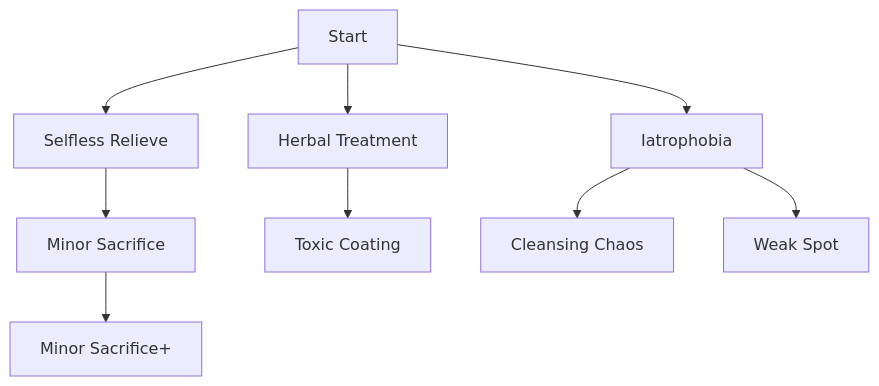
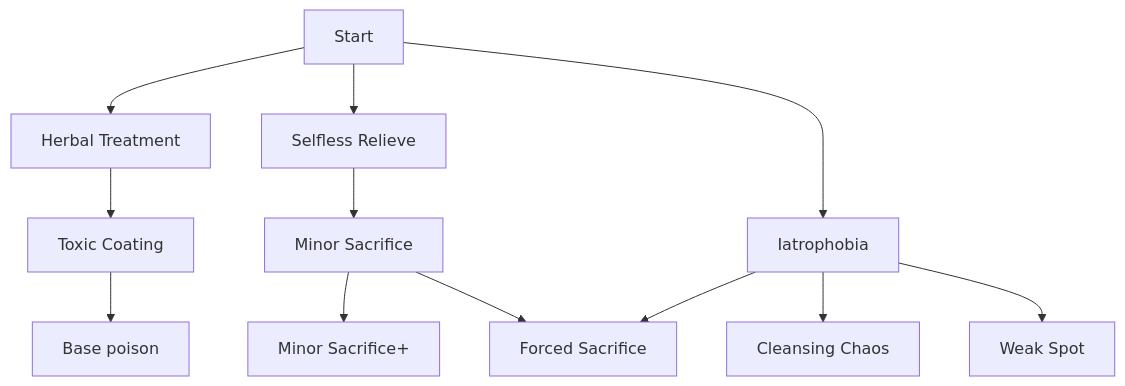
One commit to 3ndercat/DivineSteam2 changed the diagram in classes/doctor/doctor.md. Above: the diagram before and after it, drawn with Mermaid. The commit also changed other lines of this file, not shown here.

````diff
--- a/classes/doctor/doctor.md
+++ b/classes/doctor/doctor.md
@@ -23,28 +24,34 @@
 ```mermaid
 flowchart TB
     start["Start"]
     
     selflessrelieve["Selfless Relieve"]
     minorsacrifice["Minor Sacrifice"]
     minorsacrifice+["Minor Sacrifice+"]
 
     herbaltreatment["Herbal Treatment"]
     toxiccoating["Toxic Coating"]
+    basepoison["Base poison"]
 
     Iatrophobia["Iatrophobia"]
     cleansingchaos["Cleansing Chaos"]
     weakspot["Weak Spot"]
+
+    forcedsacrifice["Forced Sacrifice"]
 
     start --> herbaltreatment
     start --> selflessrelieve
     start --> Iatrophobia
 
     selflessrelieve --> minorsacrifice
 
     minorsacrifice --> minorsacrifice+
+    minorsacrifice --> forcedsacrifice
 
     herbaltreatment --> toxiccoating
+    toxiccoating --> basepoison
 
     Iatrophobia --> cleansingchaos
     Iatrophobia --> weakspot
+    Iatrophobia --> forcedsacrifice
 ```
````
